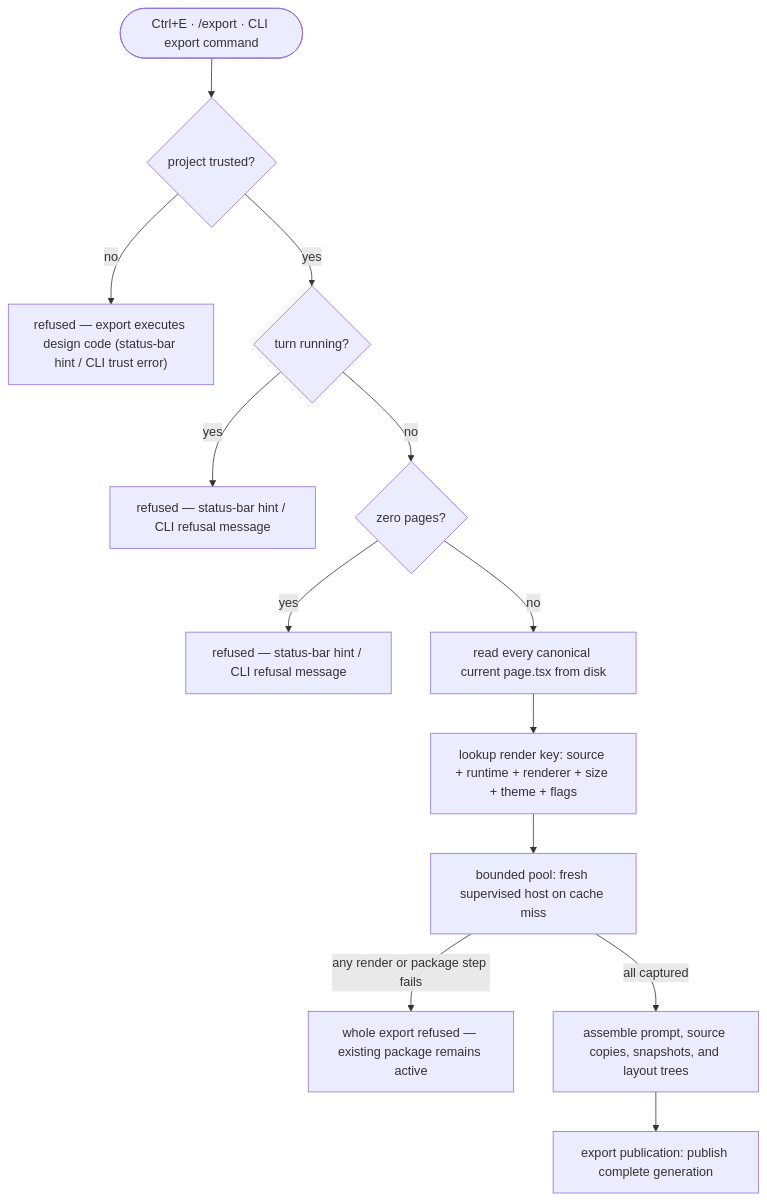
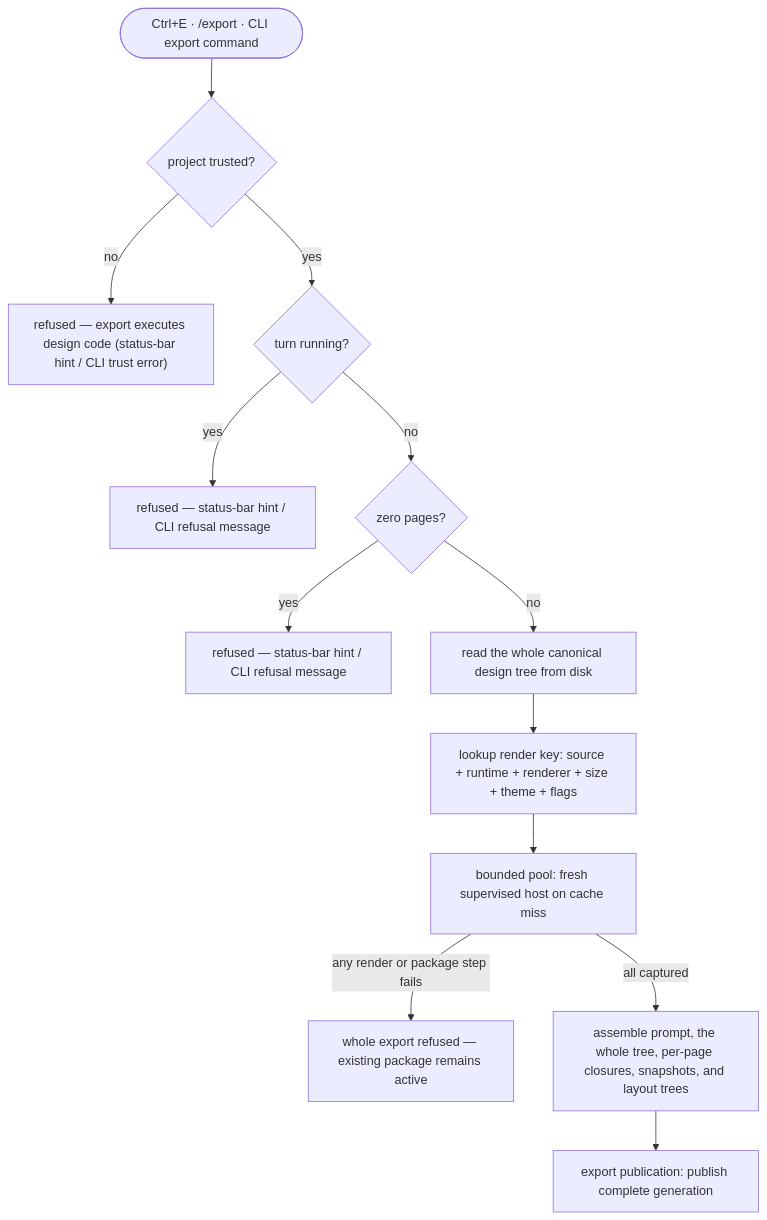
One commit to khmilevoi/termcraft changed the diagram in docs/architecture/flows/export.md. Above: the diagram before and after it, drawn with Mermaid. The commit also changed other lines of this file and 27 other files, not shown here.

````diff
--- a/docs/architecture/flows/export.md
+++ b/docs/architecture/flows/export.md
@@ -3,15 +3,15 @@
 ```mermaid
 flowchart TD
     trigger(["Ctrl+E · /export · CLI export command"]) --> trust{"project trusted?"}
     trust -- "no" --> hint0["refused — export executes design code (status-bar hint / CLI trust error)"]
     trust -- "yes" --> busy{"turn running?"}
     busy -- "yes" --> hint1["refused — status-bar hint / CLI refusal message"]
     busy -- "no" --> empty{"zero pages?"}
     empty -- "yes" --> hint2["refused — status-bar hint / CLI refusal message"]
-    empty -- "no" --> source["read every canonical current page.tsx from disk"]
+    empty -- "no" --> source["read the whole canonical design tree from disk"]
     source --> cache["lookup render key: source + runtime + renderer + size + theme + flags"]
     cache --> snap["bounded pool: fresh supervised host on cache miss"]
     snap -- "any render or package step fails" --> fail["whole export refused — existing package remains active"]
-    snap -- "all captured" --> assemble["assemble prompt, source copies, snapshots, and layout trees"]
+    snap -- "all captured" --> assemble["assemble prompt, the whole tree, per-page closures, snapshots, and layout trees"]
     assemble --> publish["export publication: publish complete generation"]
 ```
````
